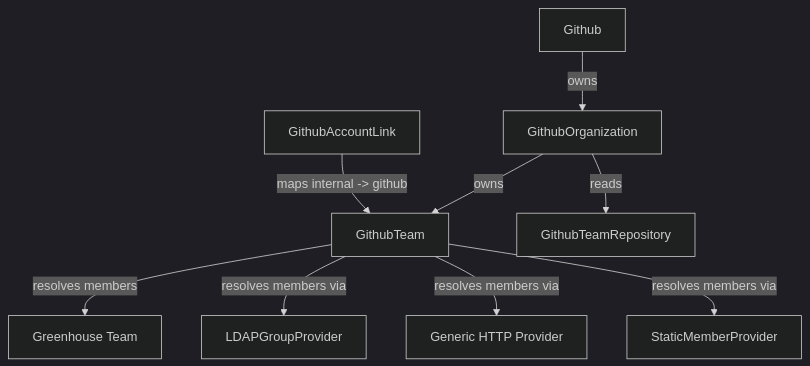
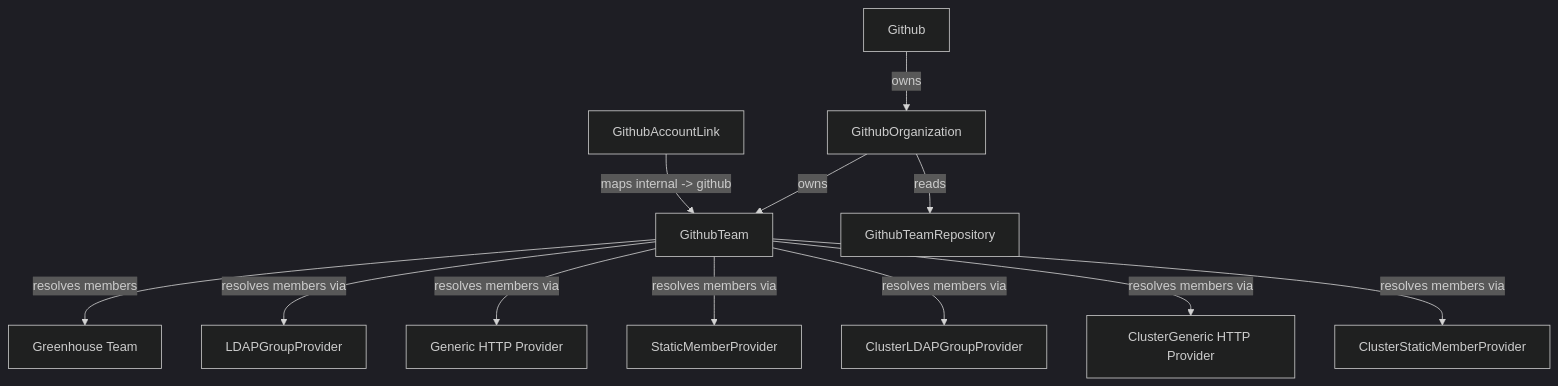
The second of 3 diagrams in README.md (cloudoperators/repo-guard), drawn with Mermaid (dark theme) before and after one commit. The commit also changed other lines of this file and 117 other files, not shown here.

````diff
--- a/README.md
+++ b/README.md
@@ -87,11 +94,14 @@
 ```mermaid
 graph TD
   G[Github] -->|owns| GO[GithubOrganization]
   GO -->|owns| GT[GithubTeam]
   GO -->|reads| GTR[GithubTeamRepository]
   GT -->|resolves members | Greenhouse[Greenhouse Team]
   GT -->|resolves members via| LDAP[LDAPGroupProvider]
   GT -->|resolves members via| GEMP[Generic HTTP Provider]
   GT -->|resolves members via| SMP[StaticMemberProvider]
   GAL[GithubAccountLink] -->|maps internal -> github| GT
+  GT -->|resolves members via| CLDAP[ClusterLDAPGroupProvider]
+  GT -->|resolves members via| CGEMP[ClusterGeneric HTTP Provider]
+  GT -->|resolves members via| CSMP[ClusterStaticMemberProvider]
 ```
````
